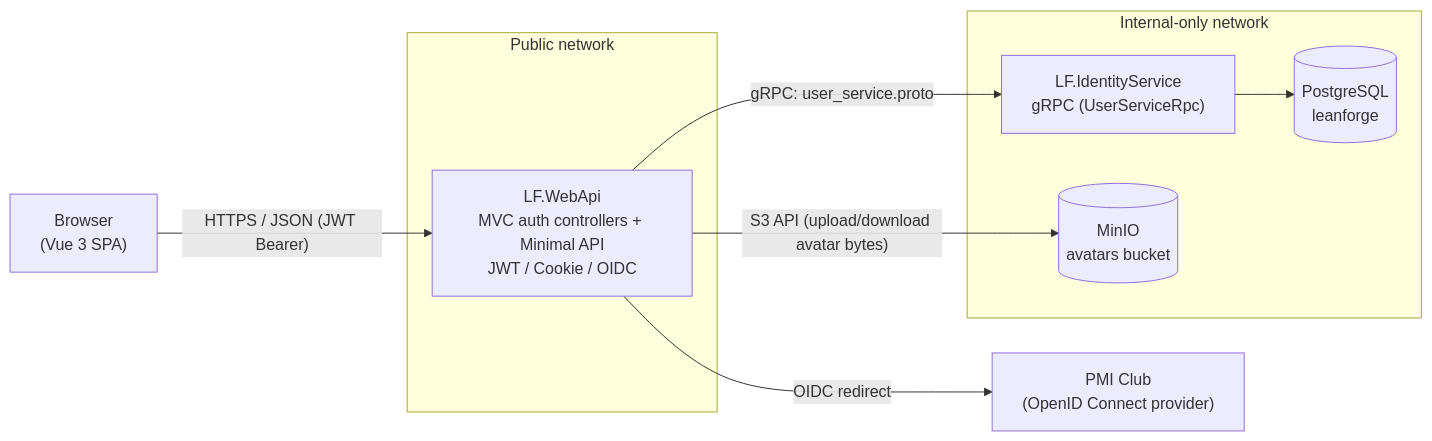
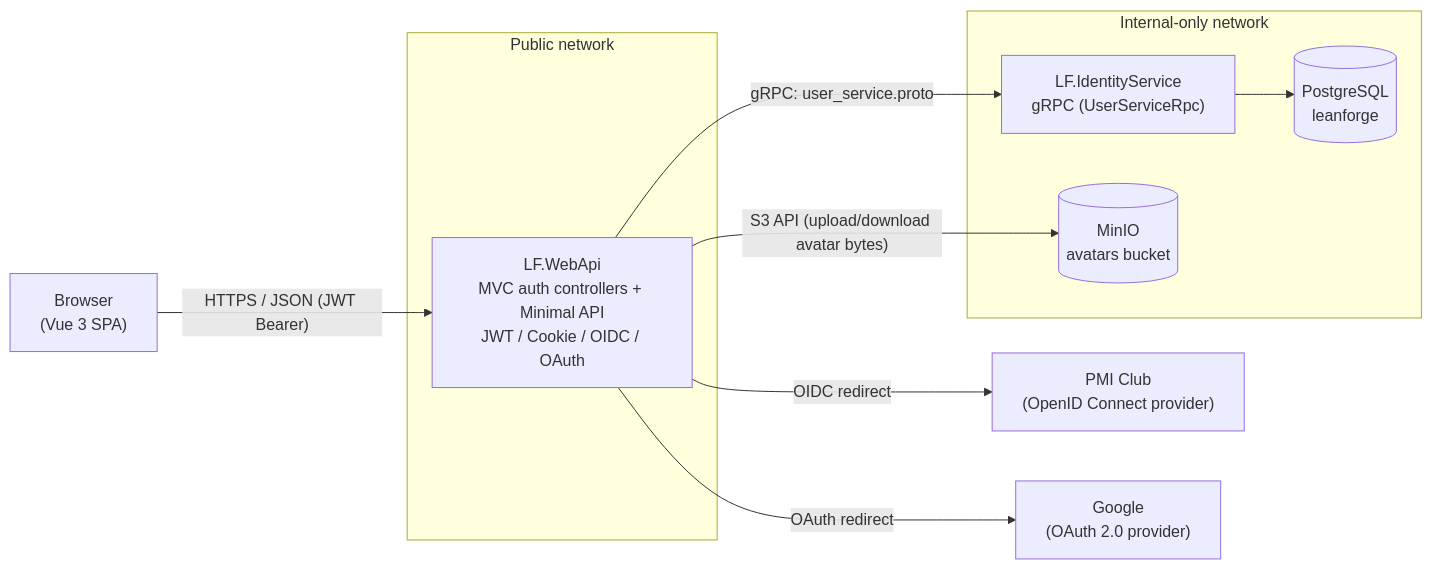
The first of 2 diagrams in README.md (TopTuK/LeanForgeLMS), drawn with Mermaid before and after one commit. The commit also changed other lines of this file and 22 other files, not shown here.

Commit message:
Add google auth

````diff
--- a/README.md
+++ b/README.md
@@ -17,21 +17,23 @@
 ```mermaid
 graph LR
     Browser["Browser<br/>(Vue 3 SPA)"]
     PMI["PMI Club<br/>(OpenID Connect provider)"]
+    Google["Google<br/>(OAuth 2.0 provider)"]
 
     subgraph Public["Public network"]
-        WebApi["LF.WebApi<br/>MVC auth controllers + Minimal API<br/>JWT / Cookie / OIDC"]
+        WebApi["LF.WebApi<br/>MVC auth controllers + Minimal API<br/>JWT / Cookie / OIDC / OAuth"]
     end
 
     subgraph Internal["Internal-only network"]
         IdentitySvc["LF.IdentityService<br/>gRPC (UserServiceRpc)"]
         Postgres[("PostgreSQL<br/>leanforge")]
         Minio[("MinIO<br/>avatars bucket")]
     end
 
     Browser -- "HTTPS / JSON (JWT Bearer)" --> WebApi
     WebApi -- "OIDC redirect" --> PMI
+    WebApi -- "OAuth redirect" --> Google
     WebApi -- "gRPC: user_service.proto" --> IdentitySvc
     WebApi -- "S3 API (upload/download avatar bytes)" --> Minio
     IdentitySvc --> Postgres
 ```
````
